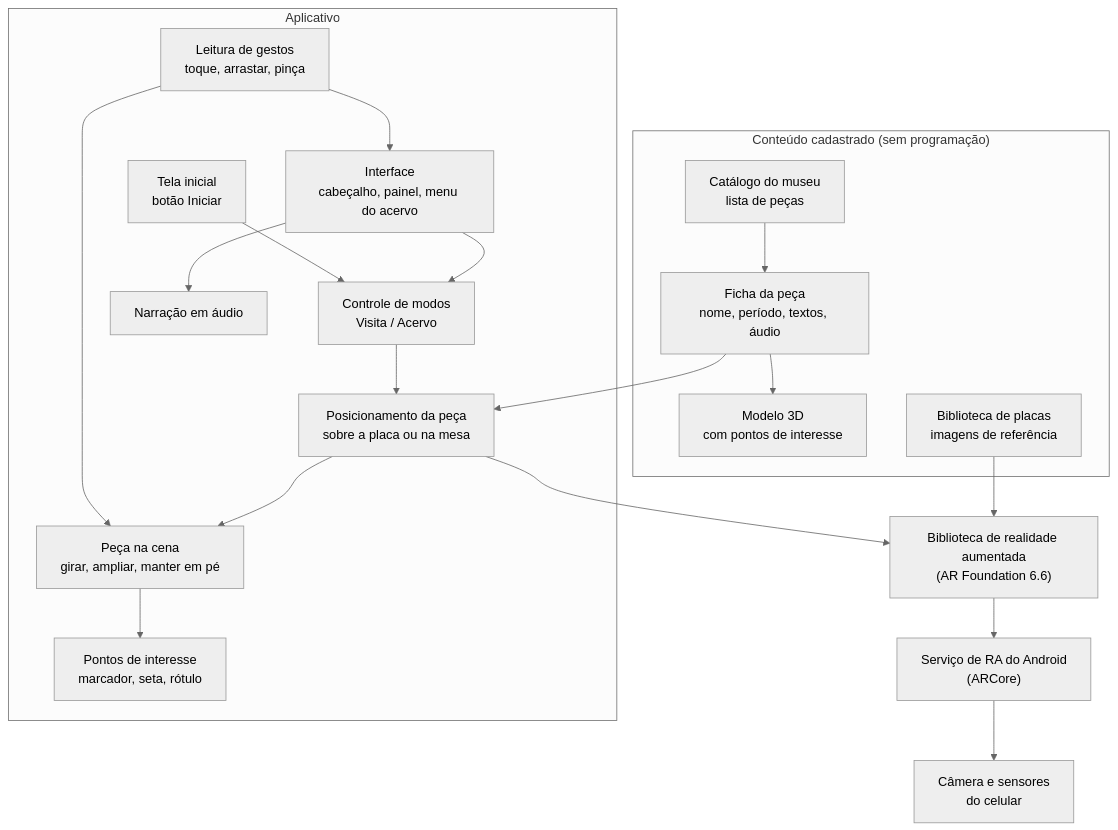
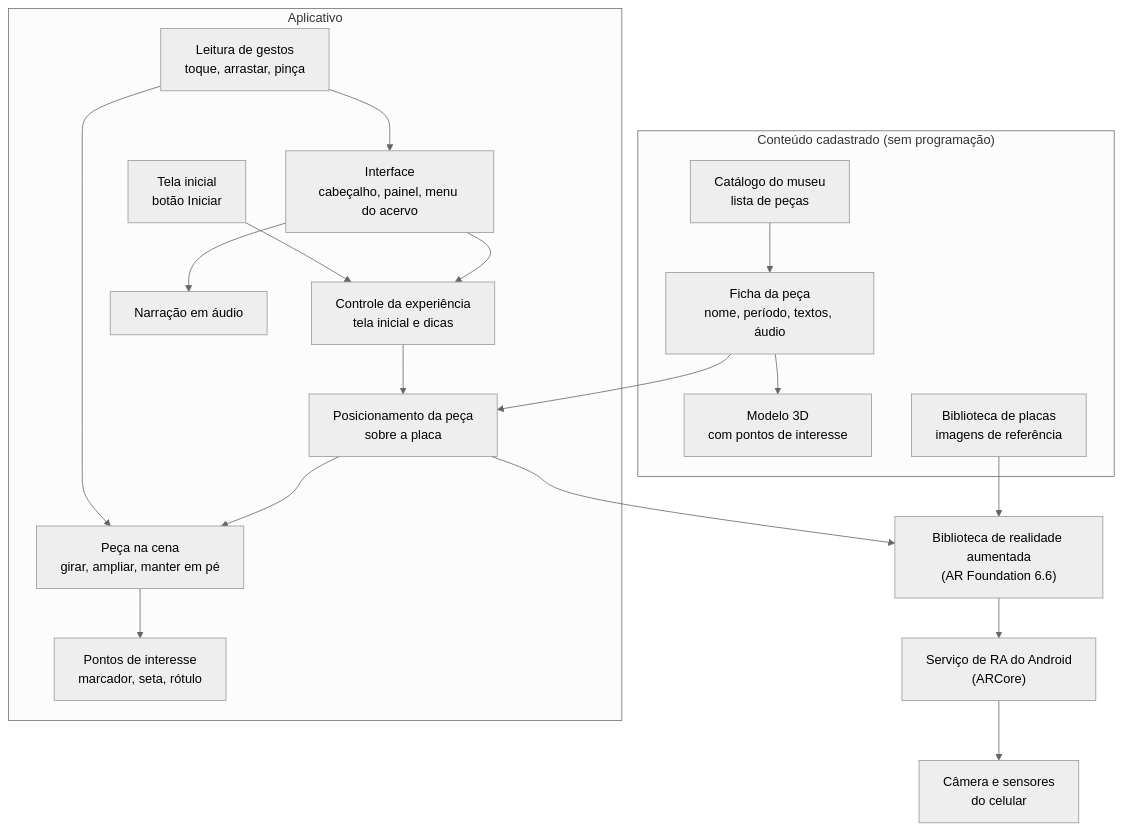
The first of 4 diagrams in README.md (Kayke-Denelle/UPX-ARMOBILE), drawn with Mermaid (neutral theme) before and after one commit. The commit also changed other lines of this file and 11 other files, not shown here.

````diff
--- a/README.md
+++ b/README.md
@@ -159,34 +156,34 @@
 ```mermaid
 flowchart TB
     subgraph Conteudo["Conteúdo cadastrado (sem programação)"]
         CAT["Catálogo do museu<br/>lista de peças"]
         FICHA["Ficha da peça<br/>nome, período, textos, áudio"]
         MODELO["Modelo 3D<br/>com pontos de interesse"]
         PLACAS["Biblioteca de placas<br/>imagens de referência"]
     end
 
     subgraph App["Aplicativo"]
         INICIO["Tela inicial<br/>botão Iniciar"]
         UI["Interface<br/>cabeçalho, painel, menu do acervo"]
-        MODOS["Controle de modos<br/>Visita / Acervo"]
+        MODOS["Controle da experiência<br/>tela inicial e dicas"]
         TOQUE["Leitura de gestos<br/>toque, arrastar, pinça"]
-        RA["Posicionamento da peça<br/>sobre a placa ou na mesa"]
+        RA["Posicionamento da peça<br/>sobre a placa"]
         PECA["Peça na cena<br/>girar, ampliar, manter em pé"]
         HS["Pontos de interesse<br/>marcador, seta, rótulo"]
         AUDIO["Narração em áudio"]
     end
 
     ARF["Biblioteca de realidade aumentada<br/>(AR Foundation 6.6)"] --> ARC["Serviço de RA do Android<br/>(ARCore)"] --> HW["Câmera e sensores<br/>do celular"]
 
     CAT --> FICHA --> MODELO
     INICIO --> MODOS
     UI --> MODOS
     MODOS --> RA
     TOQUE --> PECA
     TOQUE --> UI
     UI --> AUDIO
     RA --> PECA --> HS
     RA --> ARF
     PLACAS --> ARF
     FICHA --> RA
 ```
````
